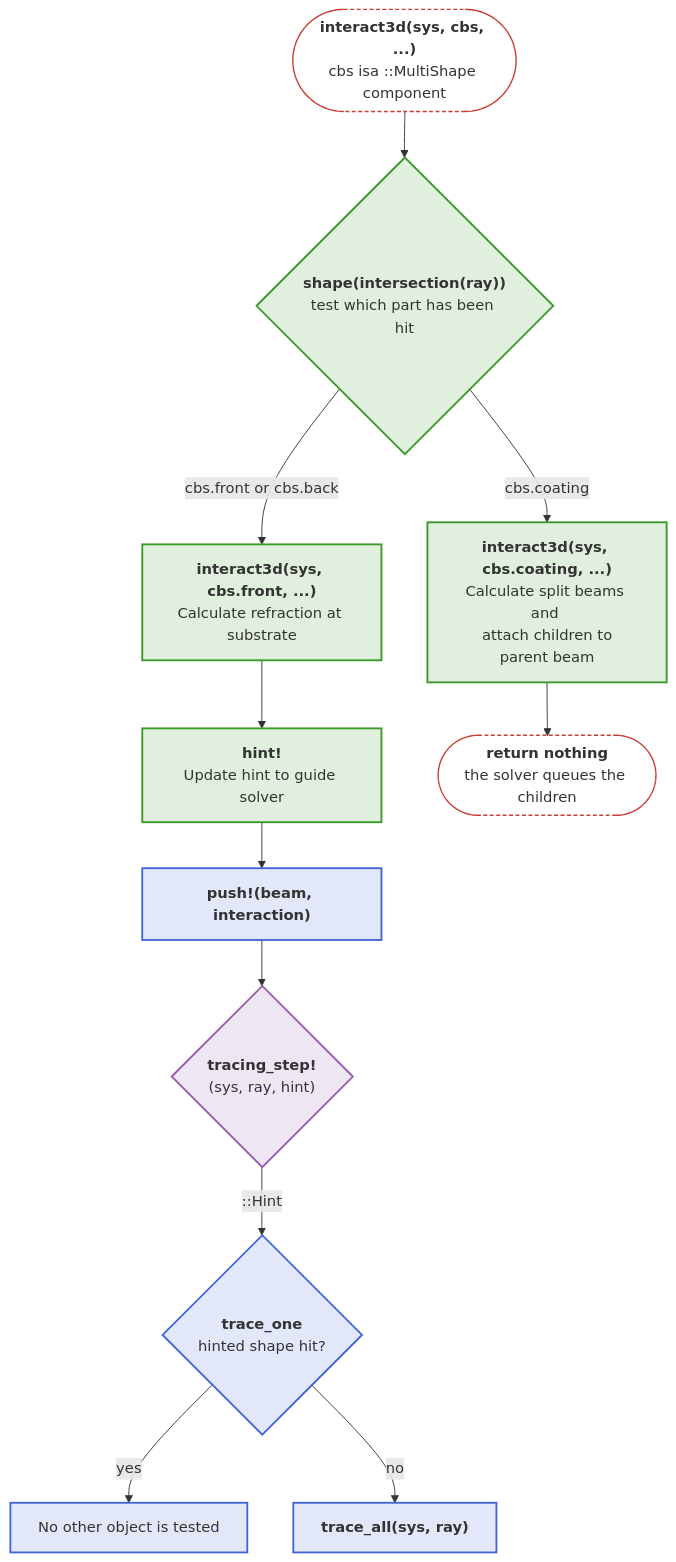
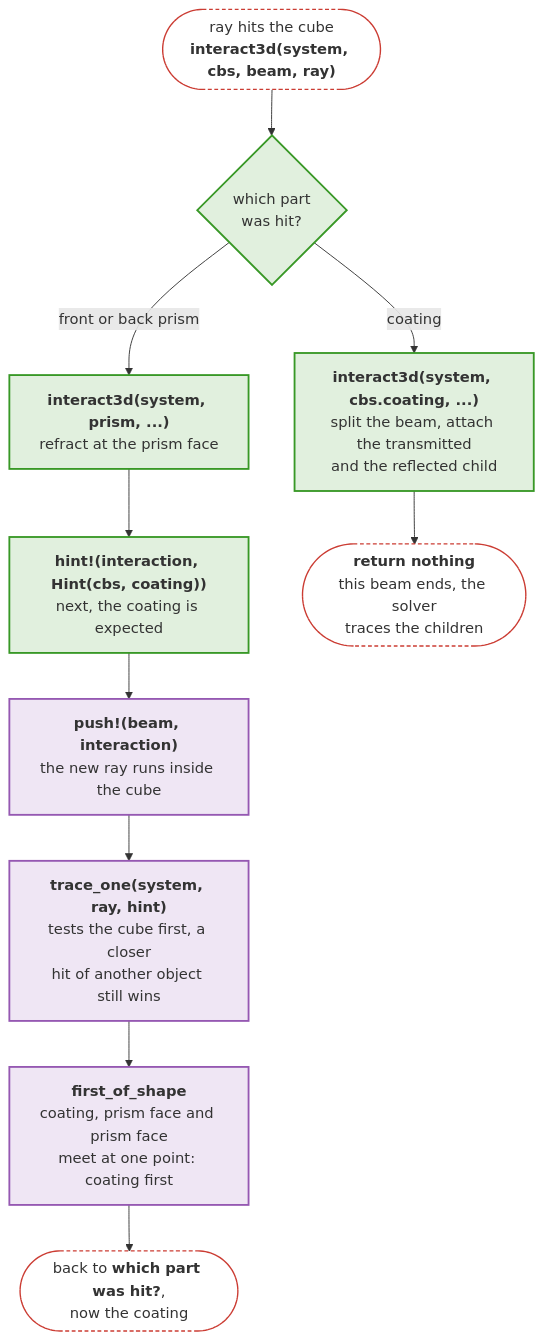
Before and after one commit to JuliaPhysics/BeamletOptics.jl: the fifth of 7 diagrams in docs/src/api/core.md, drawn with Mermaid. The commit also changed other lines of this file and 17 other files, not shown here.

````diff
--- a/docs/src/api/core.md
+++ b/docs/src/api/core.md
@@ -204,30 +270,25 @@
 ```mermaid
 flowchart TB
-    S(["<b>interact3d(sys, cbs, ...)</b><br/>cbs isa ::MultiShape component<br/>"])
-    F{"<b>shape(intersection(ray))</b><br/>test which part has been hit"}
-    PR["<b>interact3d(sys, cbs.front, ...)</b><br/>Calculate refraction at substrate"]
-    H["<b>hint!</b><br>Update hint to guide solver"]
-    CO["<b>interact3d(sys, cbs.coating, ...)</b><br/>Calculate split beams and <br/> attach children to parent beam"]
-    N(["<b>return nothing</b><br/>the solver queues the children"])
-    P["<b>push!(beam, interaction)</b>"]
-    TST{"<b>tracing_step!</b><br/>(sys, ray, hint)"}
-    HS{"<b>trace_one</b><br/>hinted shape hit?"}
-    OB["No other object is tested"]
-    TA["<b>trace_all(sys, ray)</b>"]
+    S(["ray hits the cube<br/><b>interact3d(system, cbs, beam, ray)</b>"])
+    F{"which part<br/>was hit?"}
+    PR["<b>interact3d(system, prism, ...)</b><br/>refract at the prism face"]
+    H["<b>hint!(interaction, Hint(cbs, coating))</b><br/>next, the coating is expected"]
+    P["<b>push!(beam, interaction)</b><br/>the new ray runs inside the cube"]
+    TO["<b>trace_one(system, ray, hint)</b><br/>tests the cube first, a closer<br/>hit of another object still wins"]
+    FS["<b>first_of_shape</b><br/>coating, prism face and prism face<br/>meet at one point: coating first"]
+    B(["back to <b>which part was hit?</b>,<br/>now the coating"])
+    CO["<b>interact3d(system, cbs.coating, ...)</b><br/>split the beam, attach the transmitted<br/>and the reflected child"]
+    N(["<b>return nothing</b><br/>this beam ends, the solver<br/>traces the children"])
 
     S --> F
-    F -- "cbs.front or cbs.back" --> PR --> H --> P --> TST
-    F -- "cbs.coating" --> CO --> N
-    TST -- "::Hint" --> HS
-    HS -- yes --> OB
-    HS -- no --> TA
+    F -- "front or back prism" --> PR --> H --> P --> TO --> FS --> B
+    F -- "coating" --> CO --> N
 
     classDef blue fill:#4063D826,stroke:#4063D8,stroke-width:2px
     classDef green fill:#38982626,stroke:#389826,stroke-width:2px
     classDef purple fill:#9558B226,stroke:#9558B2,stroke-width:2px
     classDef terminal fill:transparent,stroke:#CB3C33,stroke-width:1.5px,stroke-dasharray:4 3
-    class P,OB,TA,HS blue
-    class F,H,PR,CO green
-    class TST purple
-    class S,N terminal
+    class F,PR,H,CO green
+    class P,TO,FS purple
+    class S,B,N terminal
 ```
````
